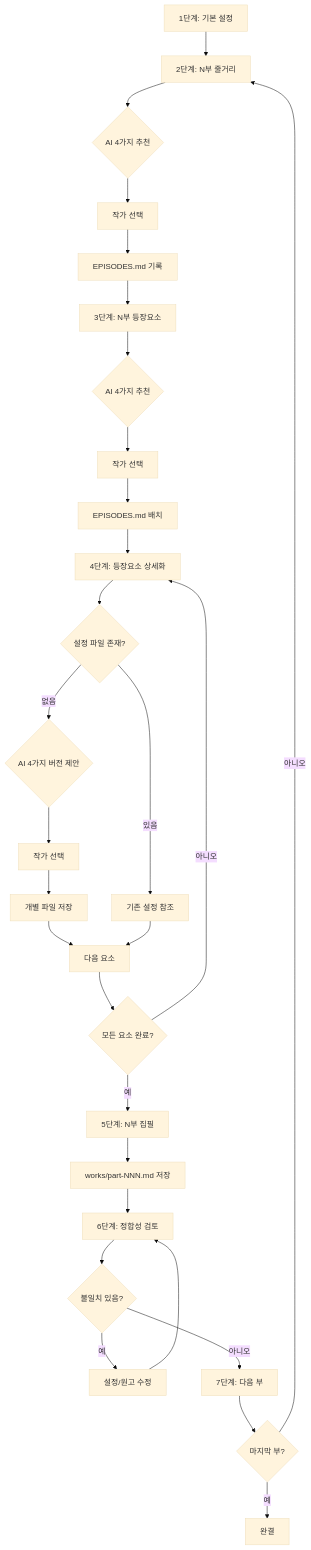
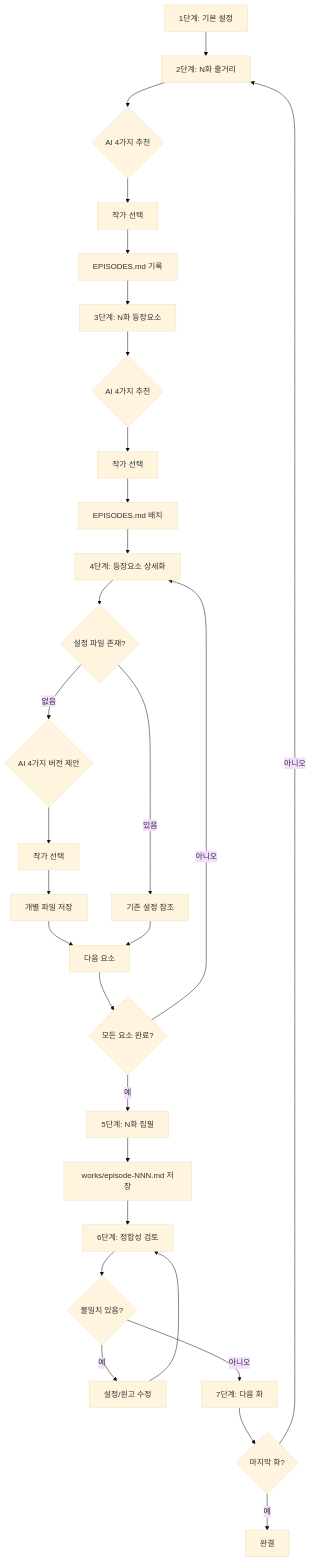
Before and after one commit to 0disoft/vibe-coding: the diagram in .vibe-coding/WEBNOVEL/WORKFLOW.md, drawn with Mermaid (base theme). The commit also changed other lines of this file and 9 other files, not shown here.

````diff
--- a/.vibe-coding/WEBNOVEL/WORKFLOW.md
+++ b/.vibe-coding/WEBNOVEL/WORKFLOW.md
@@ -5,37 +5,37 @@
 ```mermaid
 flowchart TD
-    A[1단계: 기본 설정] --> B[2단계: N부 줄거리]
+    A[1단계: 기본 설정] --> B[2단계: N화 줄거리]
     B --> C{AI 4가지 추천}
     C --> D[작가 선택]
     D --> E[EPISODES.md 기록]
     
-    E --> F[3단계: N부 등장요소]
+    E --> F[3단계: N화 등장요소]
     F --> G{AI 4가지 추천}
     G --> H[작가 선택]
     H --> I[EPISODES.md 배치]
     
     I --> J[4단계: 등장요소 상세화]
     J --> K{설정 파일 존재?}
     K -->|없음| L{AI 4가지 버전 제안}
     L --> M[작가 선택]
     M --> N[개별 파일 저장]
     K -->|있음| O[기존 설정 참조]
     N --> P[다음 요소]
     O --> P
     P --> J2{모든 요소 완료?}
     J2 -->|아니오| J
     J2 -->|예| Q
     
-    Q[5단계: N부 집필]
-    Q --> R[works/part-NNN.md 저장]
+    Q[5단계: N화 집필]
+    Q --> R[works/episode-NNN.md 저장]
     
     R --> S[6단계: 정합성 검토]
     S --> T{불일치 있음?}
     T -->|예| U[설정/원고 수정]
     U --> S
-    T -->|아니오| V[7단계: 다음 부]
+    T -->|아니오| V[7단계: 다음 화]
     
-    V --> W{마지막 부?}
+    V --> W{마지막 화?}
     W -->|아니오| B
     W -->|예| X[완결]
 ```
````
